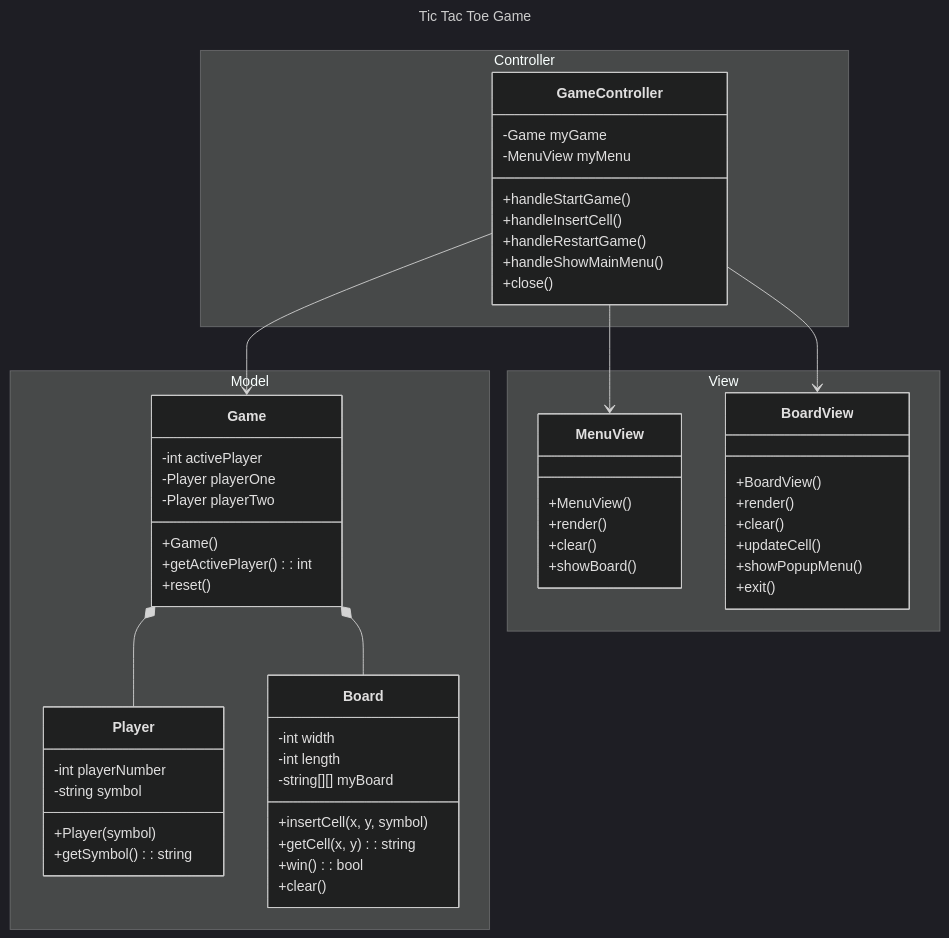
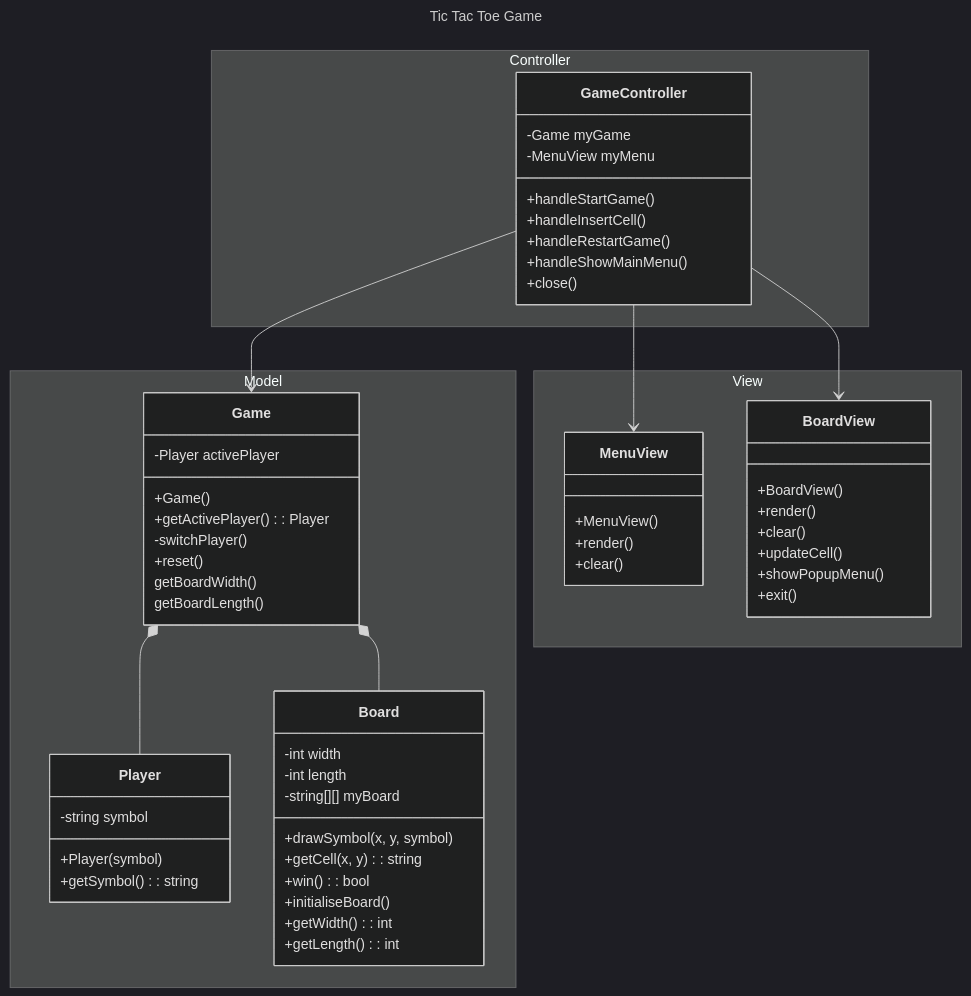
The diagram in 001-plan/UML.md (yoranguy/001-tictactoe), drawn with Mermaid (dark theme) before and after one commit. The commit also changed 9 other files, not shown here.

````diff
--- a/001-plan/UML.md
+++ b/001-plan/UML.md
@@ -2,73 +2,73 @@
 ```mermaid
 ---
 title: Tic Tac Toe Game
 ---
 
 classDiagram
 
     GameController --> Game
     Game *-- Player
     Game *-- Board
     GameController --> MenuView
     GameController --> BoardView
 
     namespace Controller {
         class GameController {
             -Game myGame
             -MenuView myMenu
             +handleStartGame()
             +handleInsertCell()
             +handleRestartGame()
             +handleShowMainMenu()
             +close()
         }
     }
 
     namespace Model {
         class Player {
-            -int playerNumber
             -string symbol
             +Player(symbol) 
             +getSymbol(): string
         }
 
         class Board {
             -int width
             -int length
             -string[][] myBoard
-            +insertCell(x, y, symbol)
+            +drawSymbol(x, y, symbol)
             +getCell(x, y): string
             +win(): bool
-            +clear()
+            +initialiseBoard()
+            +getWidth() : int
+            +getLength() : int
         }
 
         class Game {
-            -int activePlayer
-            -Player playerOne
-            -Player playerTwo
+            -Player activePlayer
             +Game()
-            +getActivePlayer(): int
+            +getActivePlayer(): Player
+            -switchPlayer()
             +reset()
+            getBoardWidth()
+            getBoardLength()
         }
     }
 
     namespace View {
         class MenuView {
             +MenuView()
             +render()
             +clear()
-            +showBoard()
-
         }
 
         class BoardView {
             +BoardView()
             +render()
             +clear()
             +updateCell()
             +showPopupMenu()
             +exit()
         }
     }
 
 ```
````
